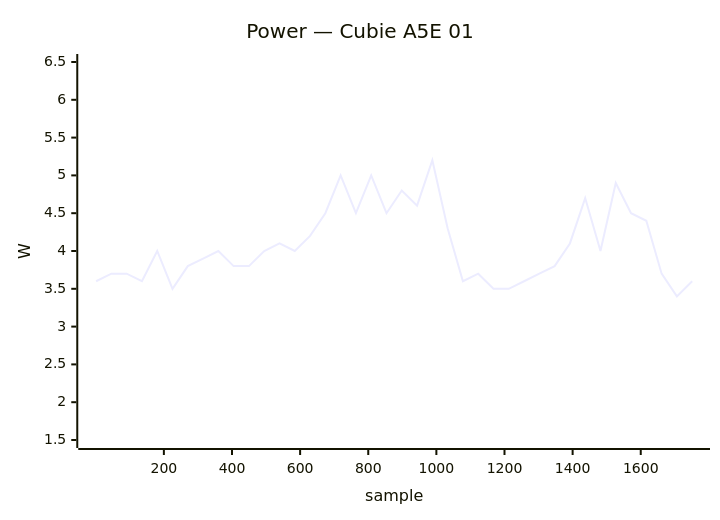
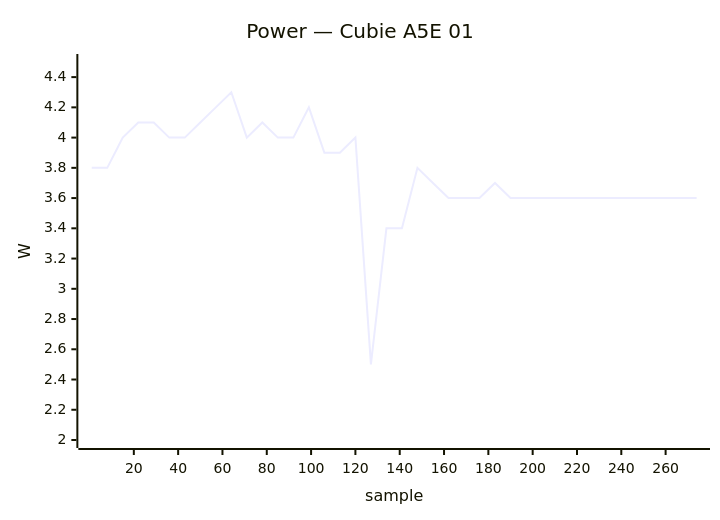
One commit to armbian/documentation changed the second of 50 diagrams in docs/status/board-tests.md. Above: the diagram before and after it, drawn with Mermaid. The commit also changed other lines of this file, not shown here.

````diff
--- a/docs/status/board-tests.md
+++ b/docs/status/board-tests.md
@@ -78,7 +78,7 @@
 ```mermaid
 xychart-beta
     title "Power — Cubie A5E 01"
-    x-axis "sample" 1 --> 1751
-    y-axis "W" 1.5 --> 6.5
-    line [3.6, 3.7, 3.7, 3.6, 4.0, 3.5, 3.8, 3.9, 4.0, 3.8, 3.8, 4.0, 4.1, 4.0, 4.2, 4.5, 5.0, 4.5, 5.0, 4.5, 4.8, 4.6, 5.2, 4.3, 3.6, 3.7, 3.5, 3.5, 3.6, 3.7, 3.8, 4.1, 4.7, 4.0, 4.9, 4.5, 4.4, 3.7, 3.4, 3.6]
+    x-axis "sample" 1 --> 274
+    y-axis "W" 2.0 --> 4.5
+    line [3.8, 3.8, 4.0, 4.1, 4.1, 4.0, 4.0, 4.1, 4.2, 4.3, 4.0, 4.1, 4.0, 4.0, 4.2, 3.9, 3.9, 4.0, 2.5, 3.4, 3.4, 3.8, 3.7, 3.6, 3.6, 3.6, 3.7, 3.6, 3.6, 3.6, 3.6, 3.6, 3.6, 3.6, 3.6, 3.6, 3.6, 3.6, 3.6, 3.6]
 ```
````
